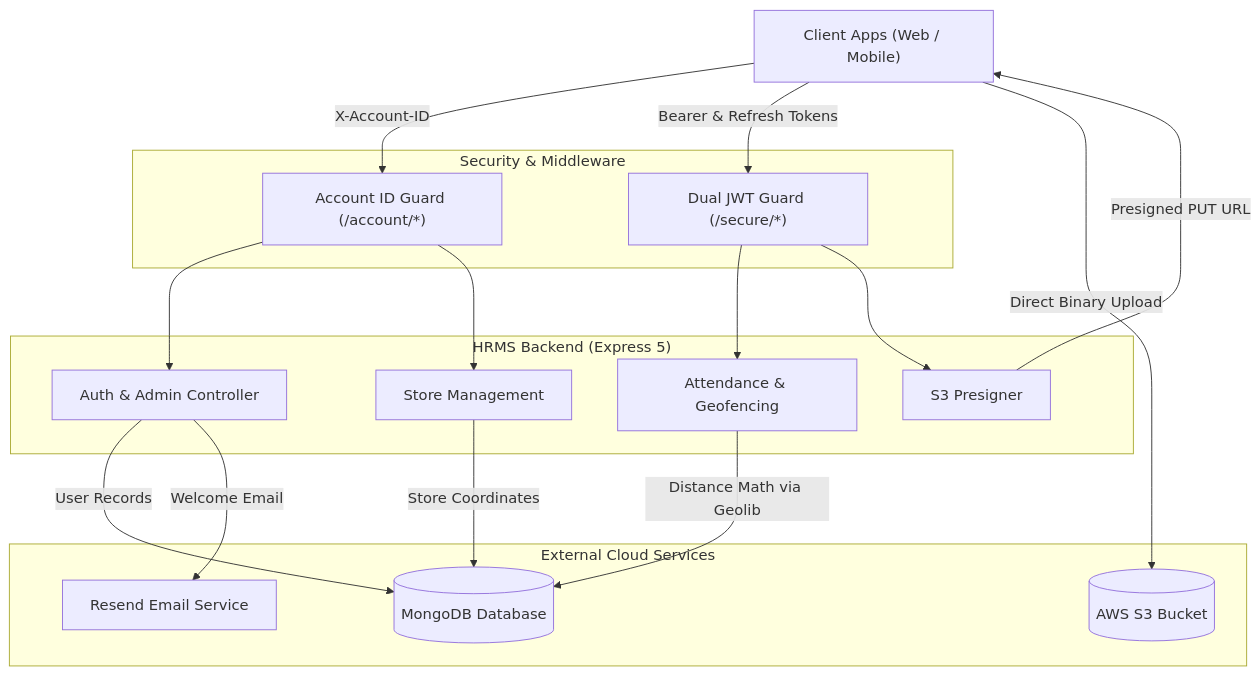
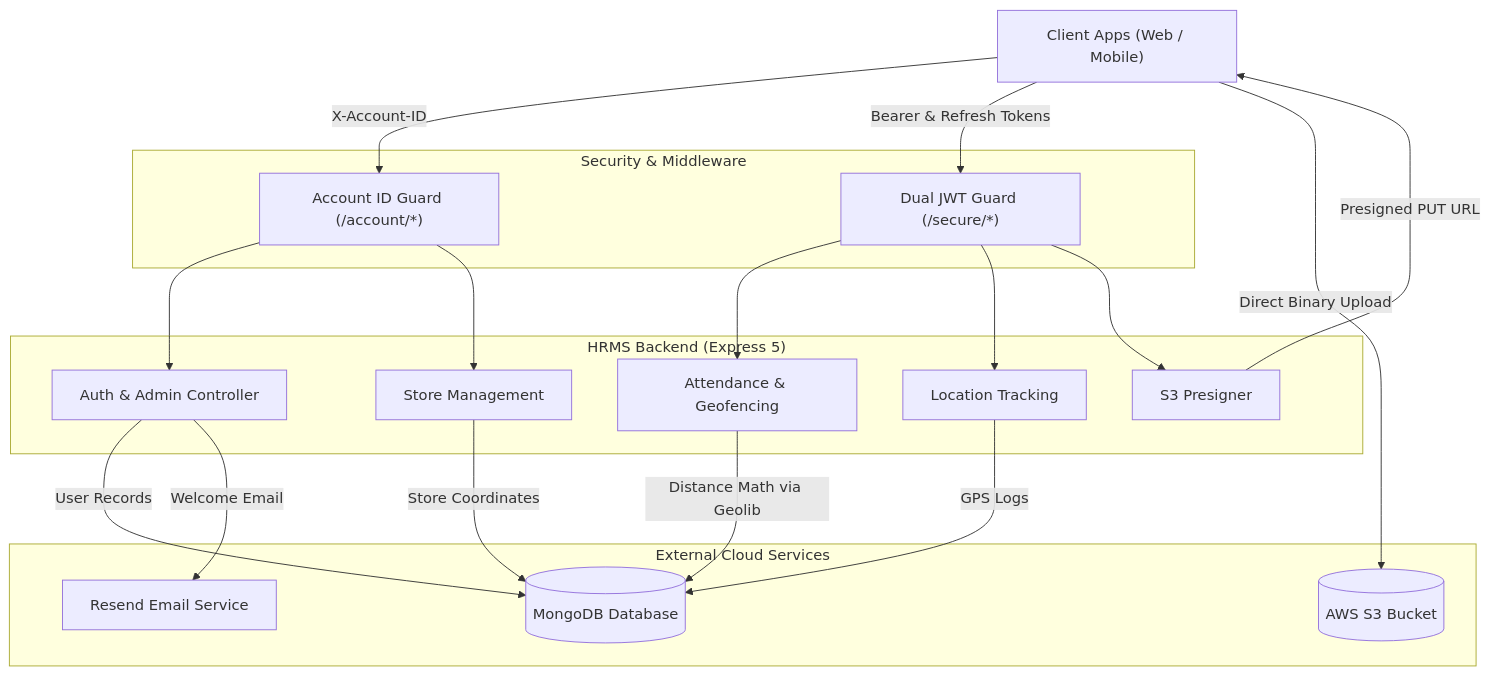
Before and after one commit to masanthimanshu/hrms-backend: the first of 2 diagrams in README.md, drawn with Mermaid. The commit also changed other lines of this file and 6 other files, not shown here.

Commit message:
feat(location): add employee location tracking model and routes

````diff
--- a/README.md
+++ b/README.md
@@ -71,31 +74,33 @@
 ```mermaid
 flowchart TD
     Client["Client Apps (Web / Mobile)"]
 
     subgraph Security["Security & Middleware"]
         AccountGuard["Account ID Guard (/account/*)"]
         JWTGuard["Dual JWT Guard (/secure/*)"]
     end
 
     subgraph HRMS["HRMS Backend (Express 5)"]
         AuthModule["Auth & Admin Controller"]
         StoreModule["Store Management"]
         AttendanceModule["Attendance & Geofencing"]
+        LocationModule["Location Tracking"]
         UploadModule["S3 Presigner"]
     end
 
     subgraph External["External Cloud Services"]
         MongoDB[("MongoDB Database")]
         S3[("AWS S3 Bucket")]
         Resend["Resend Email Service"]
     end
 
     Client -->|X-Account-ID| AccountGuard --> AuthModule & StoreModule
-    Client -->|Bearer & Refresh Tokens| JWTGuard --> AttendanceModule & UploadModule
+    Client -->|Bearer & Refresh Tokens| JWTGuard --> AttendanceModule & LocationModule & UploadModule
     AuthModule -->|User Records| MongoDB
     AuthModule -->|Welcome Email| Resend
     StoreModule -->|Store Coordinates| MongoDB
     AttendanceModule -->|Distance Math via Geolib| MongoDB
+    LocationModule -->|GPS Logs| MongoDB
     UploadModule -->|Presigned PUT URL| Client
     Client -->|Direct Binary Upload| S3
 ```
````
